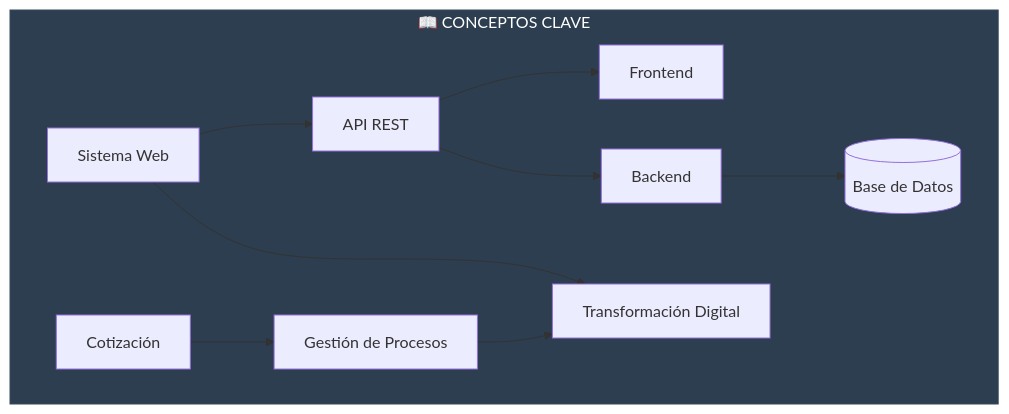
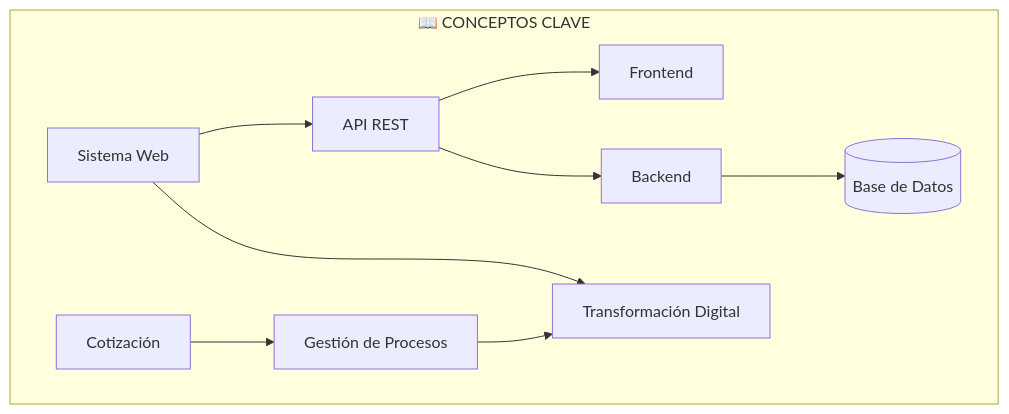
One commit to decagraff/LCService changed the sixth of 6 diagrams in docs/03-marco-teorico/README.md. Above: the diagram before and after it, drawn with Mermaid. The commit also changed other lines of this file and 7 other files, not shown here.

````diff
--- a/docs/03-marco-teorico/README.md
+++ b/docs/03-marco-teorico/README.md
@@ -187,16 +176,15 @@
 ```mermaid
 graph TB
     subgraph glosario["📖 CONCEPTOS CLAVE"]
         SW["Sistema Web"] --> API["API REST"]
         API --> FE["Frontend"]
         API --> BE["Backend"]
         BE --> DB[("Base de Datos")]
 
         COT["Cotización"] --> GP["Gestión de Procesos"]
         GP --> TD["Transformación Digital"]
 
         SW --> TD
     end
 
-    style glosario fill:#2c3e50,stroke:#34495e,color:#fff
 ```
````
